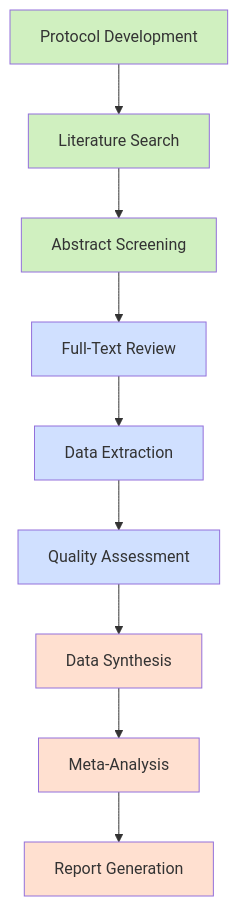
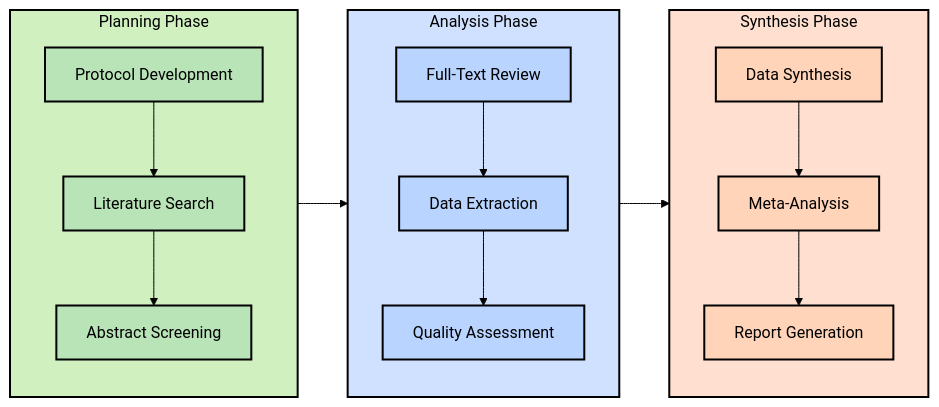
One commit to christopherseaman/song_systematic changed the diagram in README.md. Above: the diagram before and after it, drawn with Mermaid. The commit also changed 1 other file, not shown here.

````diff
--- a/README.md
+++ b/README.md
@@ -31,25 +31,54 @@
 ```mermaid
-flowchart TD
-    A[Protocol Development] --> B[Literature Search]
-    B --> C[Abstract Screening]
-    C --> D[Full-Text Review]
-    D --> E[Data Extraction]
-    E --> F[Quality Assessment]
-    F --> G[Data Synthesis]
-    G --> H[Meta-Analysis]
-    H --> I[Report Generation]
-    
-    style A fill:#d0f0c0
-    style B fill:#d0f0c0
-    style C fill:#d0f0c0
-    style D fill:#d0e0ff
-    style E fill:#d0e0ff
-    style F fill:#d0e0ff
-    style G fill:#ffe0d0
-    style H fill:#ffe0d0
-    style I fill:#ffe0d0
-    
-    classDef phase1 fill:#d0f0c0
-    classDef phase2 fill:#d0e0ff
-    classDef phase3 fill:#ffe0d0
+flowchart LR
+    %%{init: {'theme': 'neutral', 'themeVariables': { 'background': '#ffffff', 'fontColor': '#000000', 'lineColor': '#000000' }}}%%
+    subgraph Phase1[Planning Phase]
+        direction TB
+        A[Protocol Development]
+        B[Literature Search]
+        C[Abstract Screening]
+    end
+
+    subgraph Phase2[Analysis Phase]
+        direction TB
+        D[Full-Text Review]
+        E[Data Extraction]
+        F[Quality Assessment]
+    end
+
+    subgraph Phase3[Synthesis Phase]
+        direction TB
+        G[Data Synthesis]
+        H[Meta-Analysis]
+        I[Report Generation]
+    end
+
+    Phase1 --> Phase2
+    Phase2 --> Phase3
+
+    style Phase1 fill:#d0f0c0
+    style Phase2 fill:#d0e0ff
+    style Phase3 fill:#ffe0d0
+
+    style A fill:#b8e4b8
+    style B fill:#b8e4b8
+    style C fill:#b8e4b8
+    style D fill:#b8d4ff
+    style E fill:#b8d4ff
+    style F fill:#b8d4ff
+    style G fill:#ffd4b8
+    style H fill:#ffd4b8
+    style I fill:#ffd4b8
+
+    A --> B
+    B --> C
+    D --> E
+    E --> F
+    G --> H
+    H --> I
+
+    classDef subgraphLabel fill:none,stroke:none,color:black
+    class Phase1,Phase2,Phase3 subgraphLabel
+
+    classDef arrow fill:none,stroke:#000000,color:#000000,stroke-width:2
+    class Phase1,Phase2,Phase3,A,B,C,D,E,F,G,H,I arrow
 ```
````
